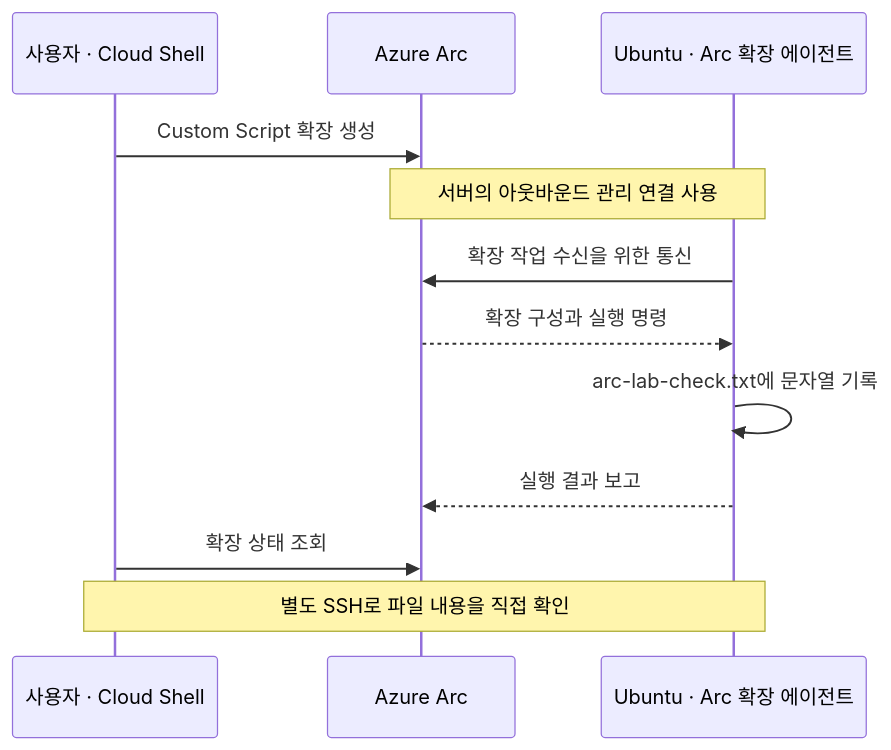
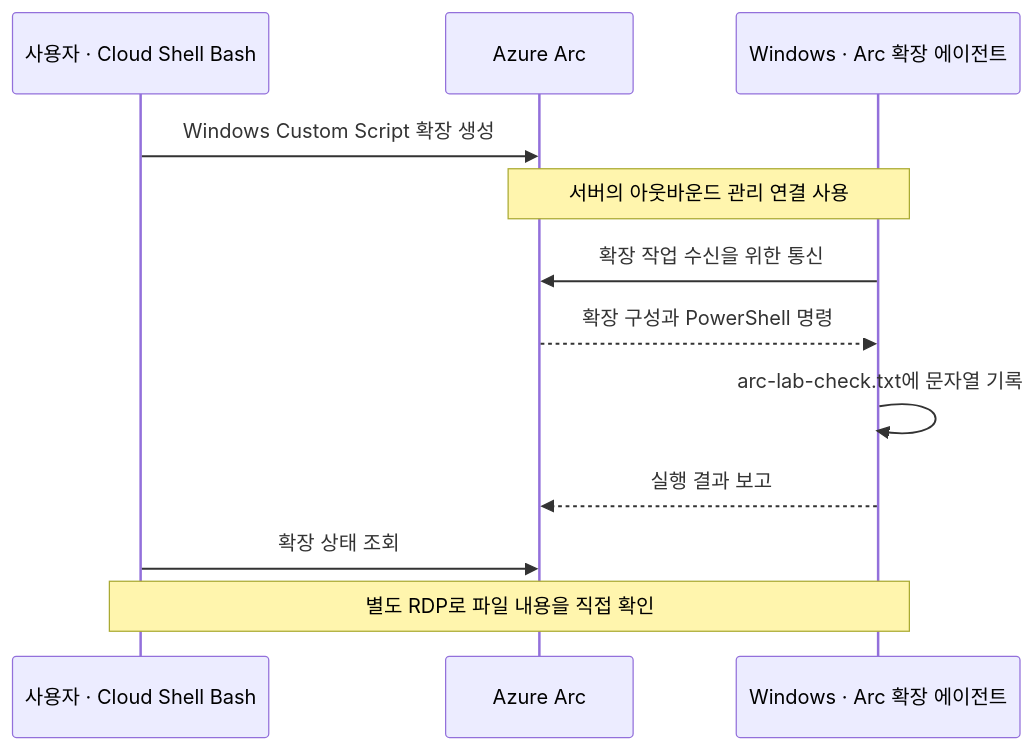
Before and after one commit to freeman9844/arc-test-001: the diagram in docs/hands-on.md, drawn with Mermaid. The commit also changed other lines of this file and 4 other files, not shown here.

First line of the commit message:
docs: switch Azure Arc lab to Windows Server

````diff
--- a/docs/hands-on.md
+++ b/docs/hands-on.md
@@ -408,14 +410,14 @@
 ```mermaid
 sequenceDiagram
-  participant U as 사용자 · Cloud Shell
+  participant U as 사용자 · Cloud Shell Bash
   participant A as Azure Arc
-  participant E as Ubuntu · Arc 확장 에이전트
-  U->>A: Custom Script 확장 생성
+  participant E as Windows · Arc 확장 에이전트
+  U->>A: Windows Custom Script 확장 생성
   Note over A,E: 서버의 아웃바운드 관리 연결 사용
   E->>A: 확장 작업 수신을 위한 통신
-  A-->>E: 확장 구성과 실행 명령
+  A-->>E: 확장 구성과 PowerShell 명령
   E->>E: arc-lab-check.txt에 문자열 기록
   E-->>A: 실행 결과 보고
   U->>A: 확장 상태 조회
-  Note over U,E: 별도 SSH로 파일 내용을 직접 확인
+  Note over U,E: 별도 RDP로 파일 내용을 직접 확인
 ```
````
